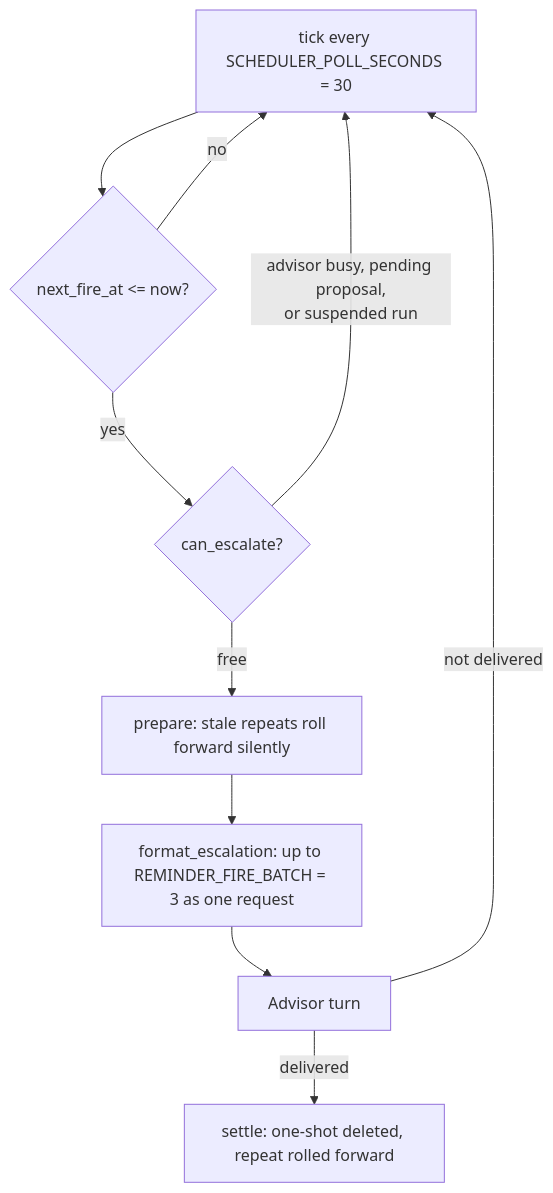
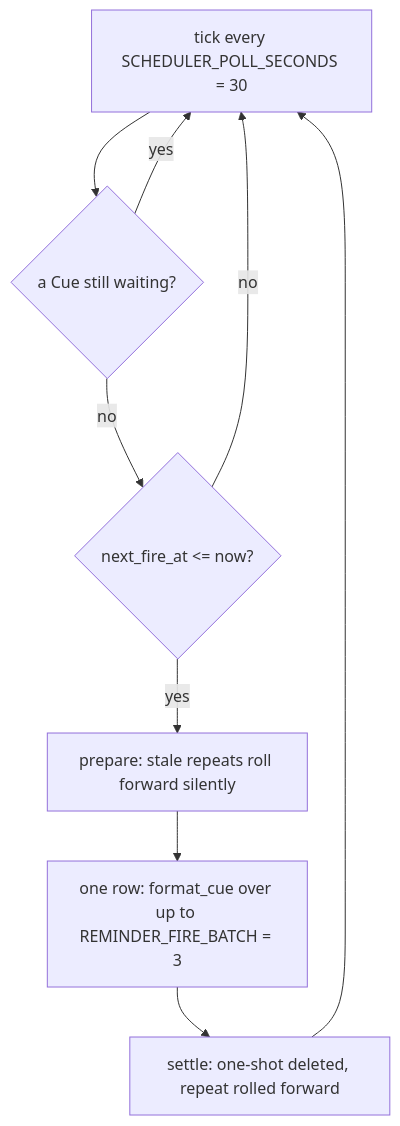
One commit to myvaheed/tg-ai-safwa changed the seventh of 10 diagrams in docs/AGENT_ARCH.md. Above: the diagram before and after it, drawn with Mermaid. The commit also changed other lines of this file and 27 other files, not shown here.

````diff
--- a/docs/AGENT_ARCH.md
+++ b/docs/AGENT_ARCH.md
@@ -220,12 +257,11 @@
 ```mermaid
 flowchart TB
-    TICK[tick every SCHEDULER_POLL_SECONDS = 30] --> DUE{next_fire_at <= now?}
+    TICK[tick every SCHEDULER_POLL_SECONDS = 30] --> PEND{a Cue still waiting?}
+    PEND -->|yes| TICK
+    PEND -->|no| DUE{next_fire_at <= now?}
     DUE -->|no| TICK
-    DUE -->|yes| GATE{can_escalate?}
-    GATE -->|advisor busy, pending proposal,<br/>or suspended run| TICK
-    GATE -->|free| PREP[prepare: stale repeats roll forward silently]
-    PREP --> FMT[format_escalation: up to REMINDER_FIRE_BATCH = 3 as one request]
-    FMT --> ADV[Advisor turn]
-    ADV -->|delivered| SETTLE[settle: one-shot deleted, repeat rolled forward]
-    ADV -->|not delivered| TICK
+    DUE -->|yes| PREP[prepare: stale repeats roll forward silently]
+    PREP --> WRITE[one row: format_cue over up to REMINDER_FIRE_BATCH = 3]
+    WRITE --> SETTLE[settle: one-shot deleted, repeat rolled forward]
+    SETTLE --> TICK
 ```
````
